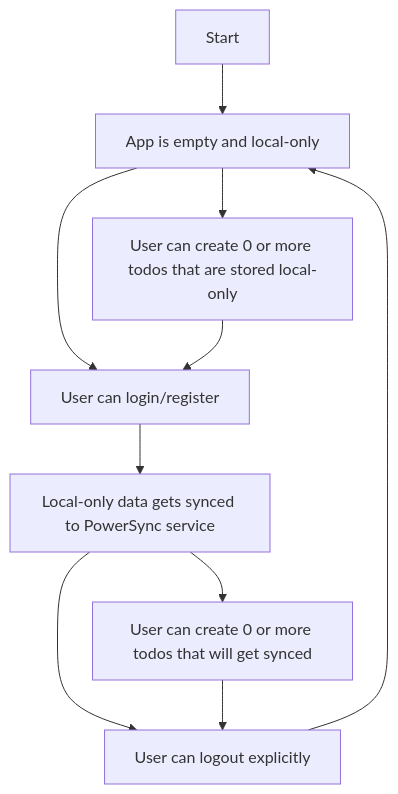
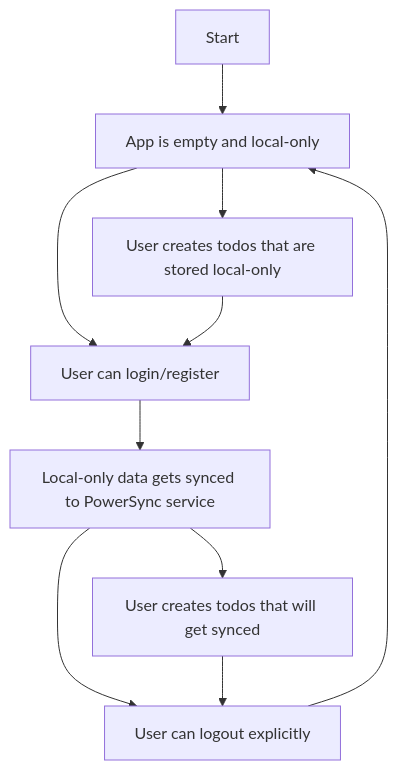
One commit to powersync-ja/powersync.dart changed the diagram in demos/local-only-todolist/README.md. Above: the diagram before and after it, drawn with Mermaid. The commit also changed other lines of this file, not shown here.

Commit message:
Minor readme updates.

````diff
--- a/demos/local-only-todolist/README.md
+++ b/demos/local-only-todolist/README.md
@@ -58,12 +58,12 @@
 ```mermaid
 graph TD
     K[Start] --> A[App is empty and local-only]
-    A --> B[User can create 0 or more todos that are stored local-only]
+    A --> B[User creates todos that are stored local-only]
     A --> C[User can login/register]
     B -->
     C --> D[Local-only data gets synced to PowerSync service]
-    D --> E[User can create 0 or more todos that will get synced]
+    D --> E[User creates todos that will get synced]
     D --> F
     E --> F[User can logout explicitly]
     F --> A
 ```
````
